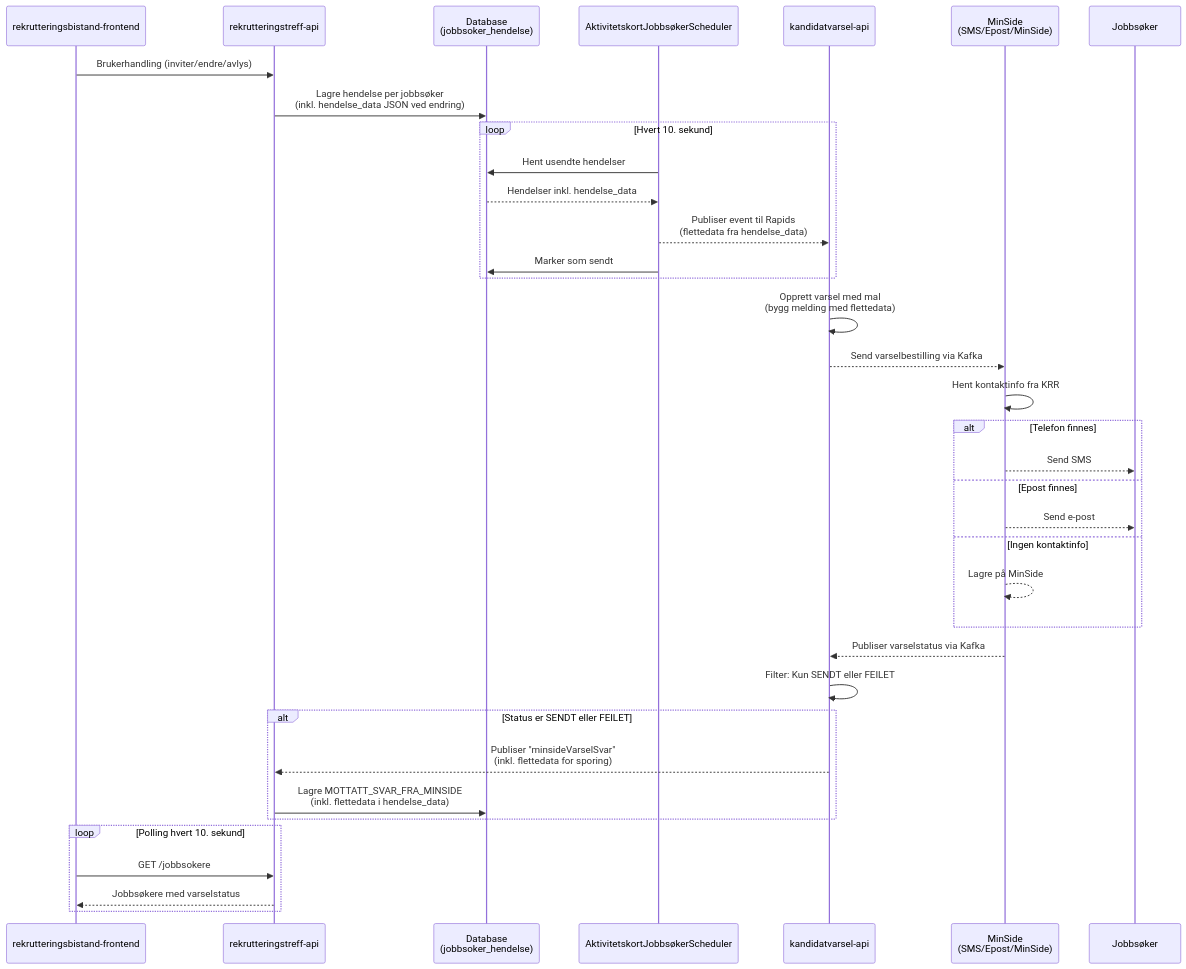
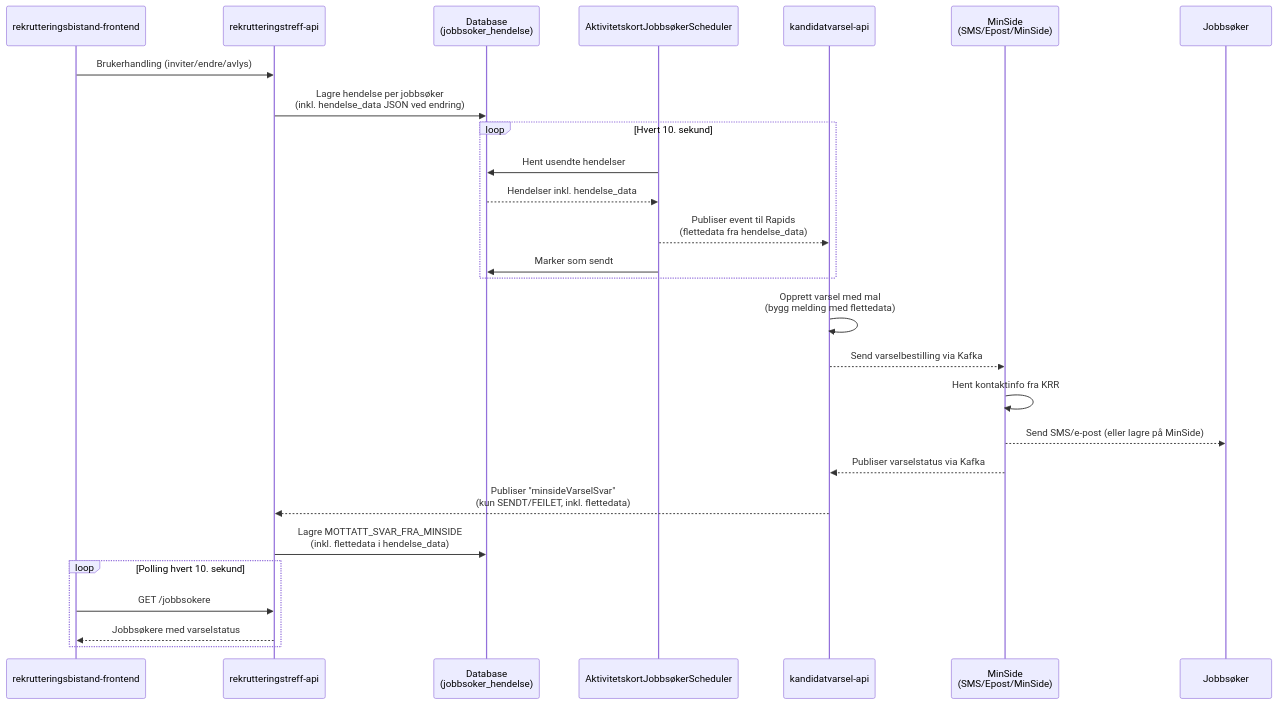
Before and after one commit to navikt/rekrutteringstreff-backend: the diagram in docs/4-integrasjoner/varsling.md, drawn with Mermaid.

Commit message:
Oppdater varslingsdokument

````diff
--- a/docs/4-integrasjoner/varsling.md
+++ b/docs/4-integrasjoner/varsling.md
@@ -19,44 +19,32 @@
 ```mermaid
 sequenceDiagram
     participant FE as rekrutteringsbistand-frontend
     participant API as rekrutteringstreff-api
     participant DB as Database<br/>(jobbsoker_hendelse)
     participant Scheduler as AktivitetskortJobbsøkerScheduler
     participant KV as kandidatvarsel-api
     participant MS as MinSide<br/>(SMS/Epost/MinSide)
 
     FE->>API: Brukerhandling (inviter/endre/avlys)
     API->>DB: Lagre hendelse per jobbsøker<br/>(inkl. hendelse_data JSON ved endring)
 
     loop Hvert 10. sekund
         Scheduler->>DB: Hent usendte hendelser
         DB-->>Scheduler: Hendelser inkl. hendelse_data
         Scheduler-->>KV: Publiser event til Rapids<br/>(flettedata fra hendelse_data)
         Scheduler->>DB: Marker som sendt
     end
 
     KV->>KV: Opprett varsel med mal<br/>(bygg melding med flettedata)
     KV-->>MS: Send varselbestilling via Kafka
-
     MS->>MS: Hent kontaktinfo fra KRR
-    alt Telefon finnes
-        MS-->>Jobbsøker: Send SMS
-    else Epost finnes
-        MS-->>Jobbsøker: Send e-post
-    else Ingen kontaktinfo
-        MS-->>MS: Lagre på MinSide
-    end
-
+    MS-->>Jobbsøker: Send SMS/e-post (eller lagre på MinSide)
     MS-->>KV: Publiser varselstatus via Kafka
-    KV->>KV: Filter: Kun SENDT eller FEILET
-
-    alt Status er SENDT eller FEILET
-        KV-->>API: Publiser "minsideVarselSvar"<br/>(inkl. flettedata for sporing)
-        API->>DB: Lagre MOTTATT_SVAR_FRA_MINSIDE<br/>(inkl. flettedata i hendelse_data)
-    end
+    KV-->>API: Publiser "minsideVarselSvar"<br/>(kun SENDT/FEILET, inkl. flettedata)
+    API->>DB: Lagre MOTTATT_SVAR_FRA_MINSIDE<br/>(inkl. flettedata i hendelse_data)
 
     loop Polling hvert 10. sekund
         FE->>API: GET /jobbsokere
         API-->>FE: Jobbsøkere med varselstatus
     end
 ```
````
